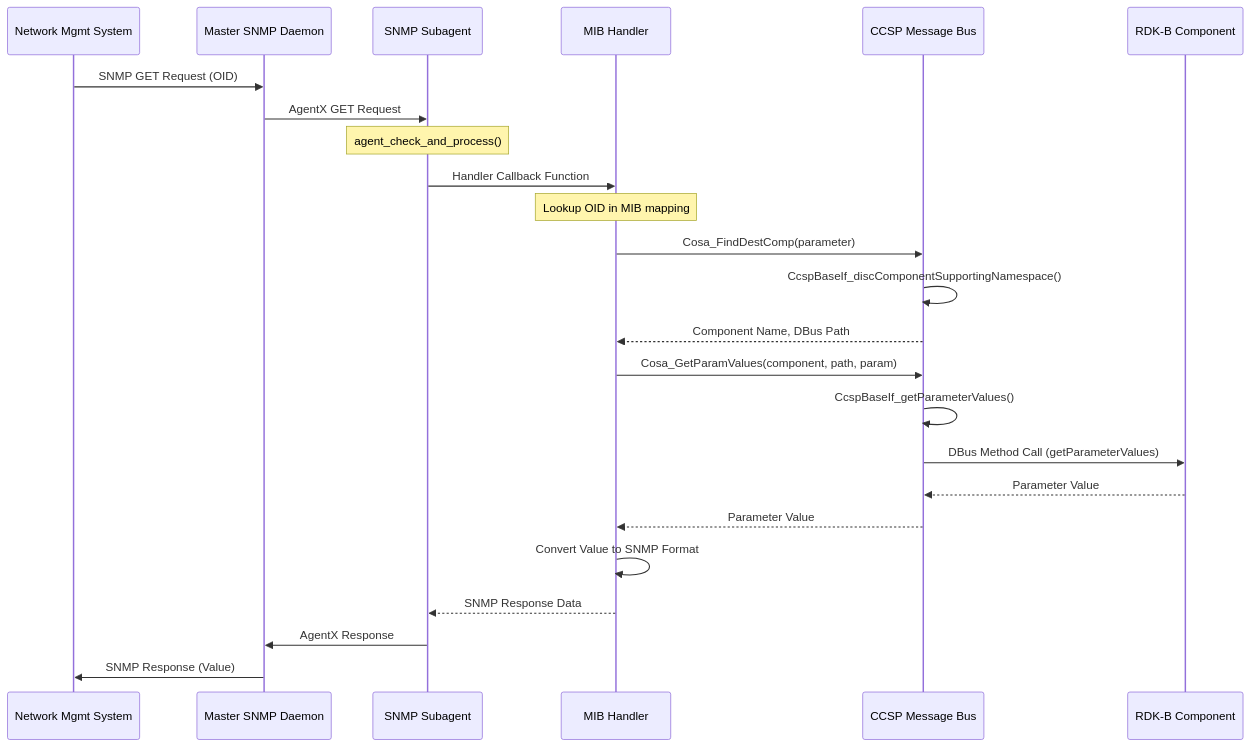
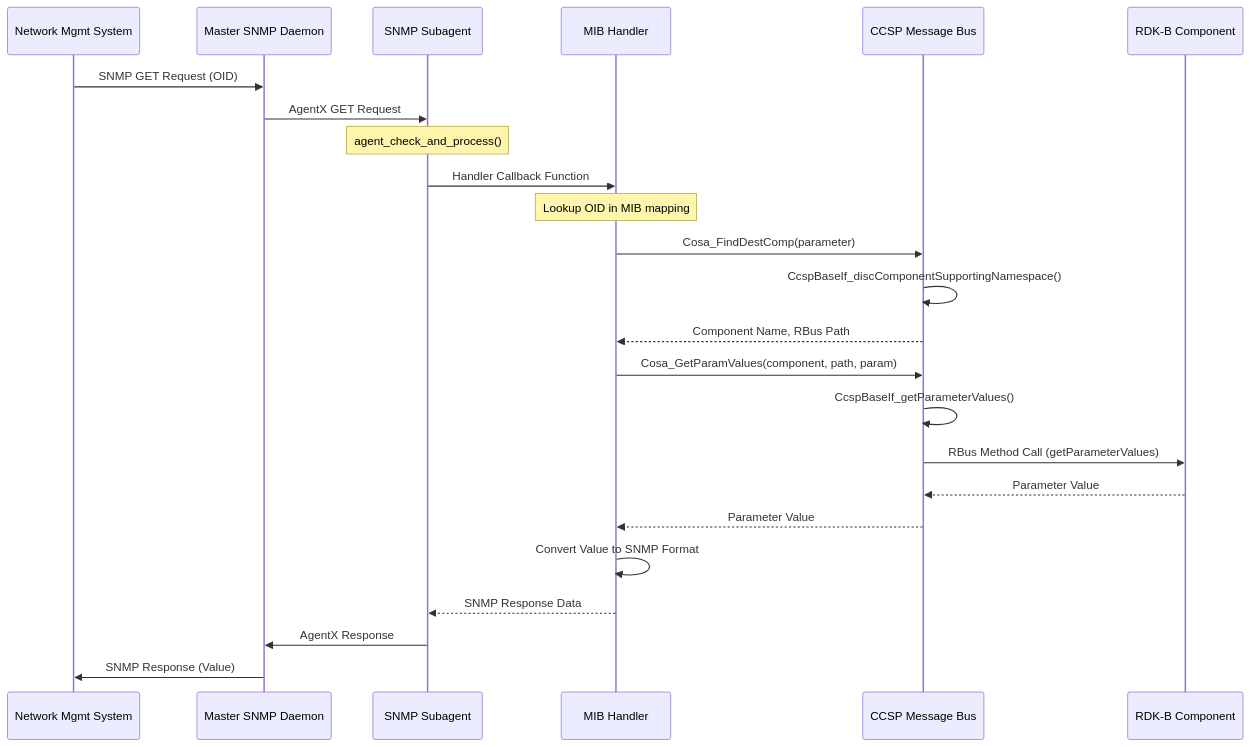
The fifth of 9 diagrams in docs/docu/dec17/snmp-protocol-agent-feb27.md (rns21/RDK_Documentation), drawn with Mermaid before and after one commit. The commit also changed other lines of this file, not shown here.

````diff
--- a/docs/docu/dec17/snmp-protocol-agent-feb27.md
+++ b/docs/docu/dec17/snmp-protocol-agent-feb27.md
@@ -325,32 +317,32 @@
 ```mermaid
 sequenceDiagram
     participant NMS as Network Mgmt System
     participant MasterSNMP as Master SNMP Daemon
     participant SubAgent as SNMP Subagent
     participant Handler as MIB Handler
     participant CCSP as CCSP Message Bus
     participant Component as RDK-B Component
 
     NMS->>MasterSNMP: SNMP GET Request (OID)
     MasterSNMP->>SubAgent: AgentX GET Request
     Note over SubAgent: agent_check_and_process()
     
     SubAgent->>Handler: Handler Callback Function
     Note over Handler: Lookup OID in MIB mapping
     
     Handler->>CCSP: Cosa_FindDestComp(parameter)
     CCSP->>CCSP: CcspBaseIf_discComponentSupportingNamespace()
-    CCSP-->>Handler: Component Name, DBus Path
+    CCSP-->>Handler: Component Name, RBus Path
     
     Handler->>CCSP: Cosa_GetParamValues(component, path, param)
     CCSP->>CCSP: CcspBaseIf_getParameterValues()
-    CCSP->>Component: DBus Method Call (getParameterValues)
+    CCSP->>Component: RBus Method Call (getParameterValues)
     Component-->>CCSP: Parameter Value
     CCSP-->>Handler: Parameter Value
     
     Handler->>Handler: Convert Value to SNMP Format
     Handler-->>SubAgent: SNMP Response Data
     
     SubAgent->>MasterSNMP: AgentX Response
     MasterSNMP->>NMS: SNMP Response (Value)
 ```
````
